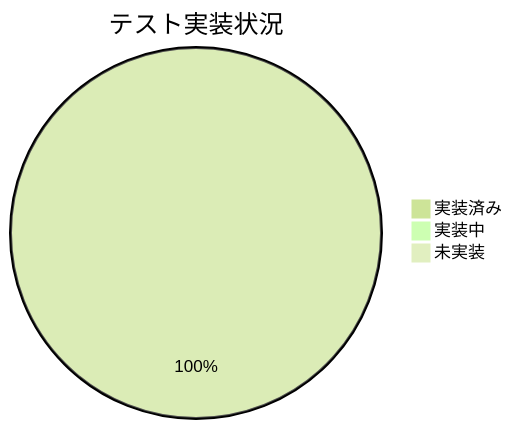
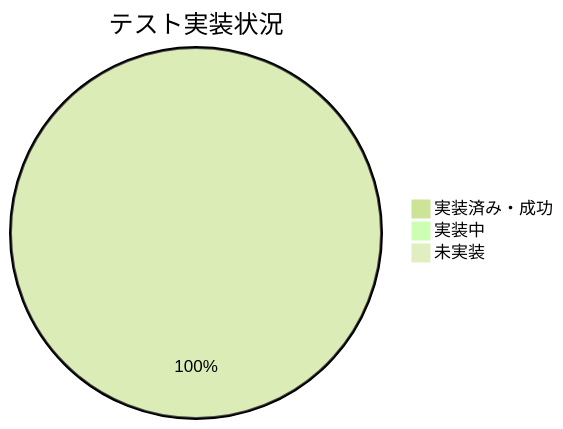
One commit to yutawtr1214/youtube-samalizer changed the second of 2 diagrams in memory-bank/progress.md. Above: the diagram before and after it, drawn with Mermaid (forest theme). The commit also changed other lines of this file and 2 other files, not shown here.

````diff
--- a/memory-bank/progress.md
+++ b/memory-bank/progress.md
@@ -64,6 +59,6 @@
 ```mermaid
 pie title テスト実装状況
-    "実装済み" : 100
+    "実装済み・成功" : 100
     "実装中" : 0
     "未実装" : 0
 ```
````
